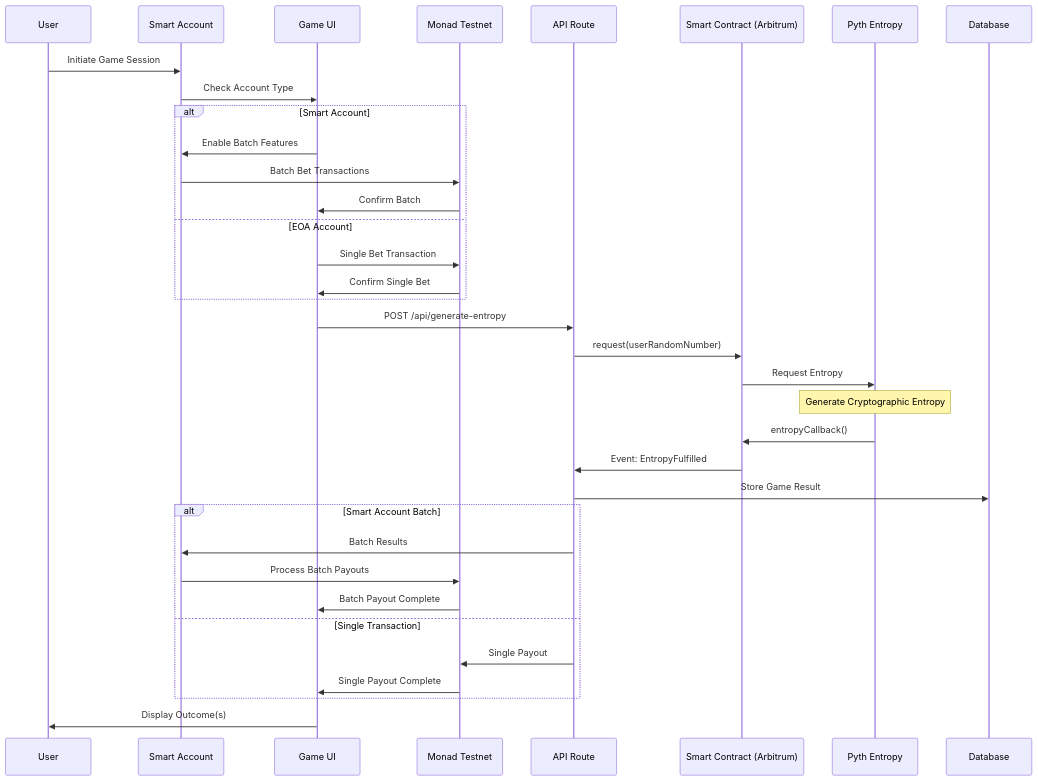
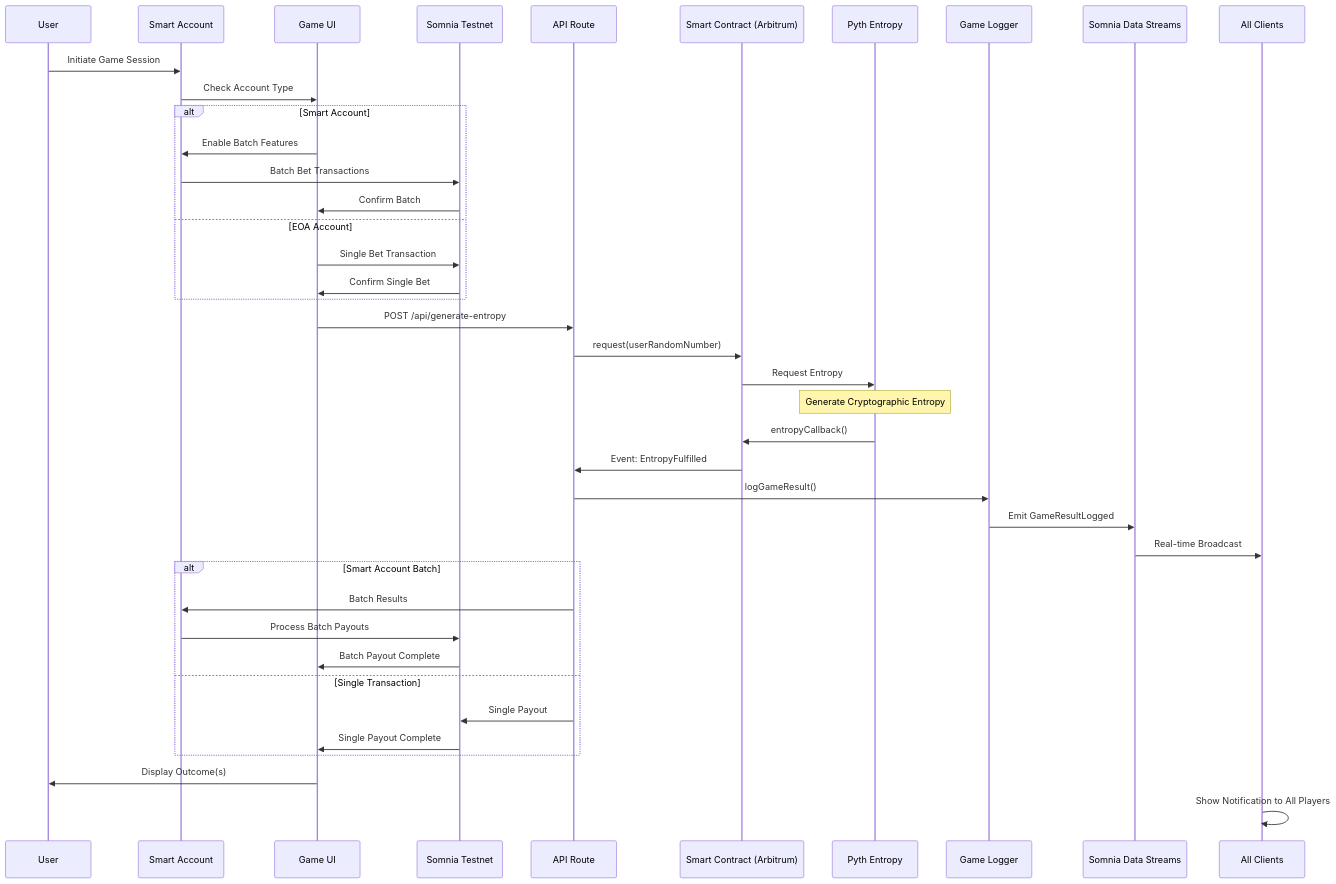
The ninth of 24 diagrams in MERMAID_DIAGRAMS.md (AmaanSayyad/APT-Casino-Somnia), drawn with Mermaid before and after one commit. The commit also changed other lines of this file and 6 other files, not shown here.

Commit message:
diagrams and wd

````diff
--- a/MERMAID_DIAGRAMS.md
+++ b/MERMAID_DIAGRAMS.md
@@ -245,44 +331,50 @@
 ```mermaid
 sequenceDiagram
     participant U as User
     participant SA as Smart Account
     participant UI as Game UI
-    participant MT as Monad Testnet
+    participant ST as Somnia Testnet
     participant API as API Route
     participant SC as Smart Contract (Arbitrum)
     participant PE as Pyth Entropy
-    participant DB as Database
+    participant GL as Game Logger
+    participant SDS as Somnia Data Streams
+    participant AC as All Clients
     
     U->>SA: Initiate Game Session
     SA->>UI: Check Account Type
     
     alt Smart Account
         UI->>SA: Enable Batch Features
-        SA->>MT: Batch Bet Transactions
-        MT->>UI: Confirm Batch
+        SA->>ST: Batch Bet Transactions
+        ST->>UI: Confirm Batch
     else EOA Account
-        UI->>MT: Single Bet Transaction
-        MT->>UI: Confirm Single Bet
+        UI->>ST: Single Bet Transaction
+        ST->>UI: Confirm Single Bet
     end
     
     UI->>API: POST /api/generate-entropy
     API->>SC: request(userRandomNumber)
     SC->>PE: Request Entropy
     
     Note over PE: Generate Cryptographic Entropy
     
     PE->>SC: entropyCallback()
     SC->>API: Event: EntropyFulfilled
-    API->>DB: Store Game Result
+    
+    API->>GL: logGameResult()
+    GL->>SDS: Emit GameResultLogged
+    SDS->>AC: Real-time Broadcast
     
     alt Smart Account Batch
         API->>SA: Batch Results
-        SA->>MT: Process Batch Payouts
-        MT->>UI: Batch Payout Complete
+        SA->>ST: Process Batch Payouts
+        ST->>UI: Batch Payout Complete
     else Single Transaction
-        API->>MT: Single Payout
-        MT->>UI: Single Payout Complete
+        API->>ST: Single Payout
+        ST->>UI: Single Payout Complete
     end
     
     UI->>U: Display Outcome(s)
+    AC->>AC: Show Notification to All Players
 ```
````
